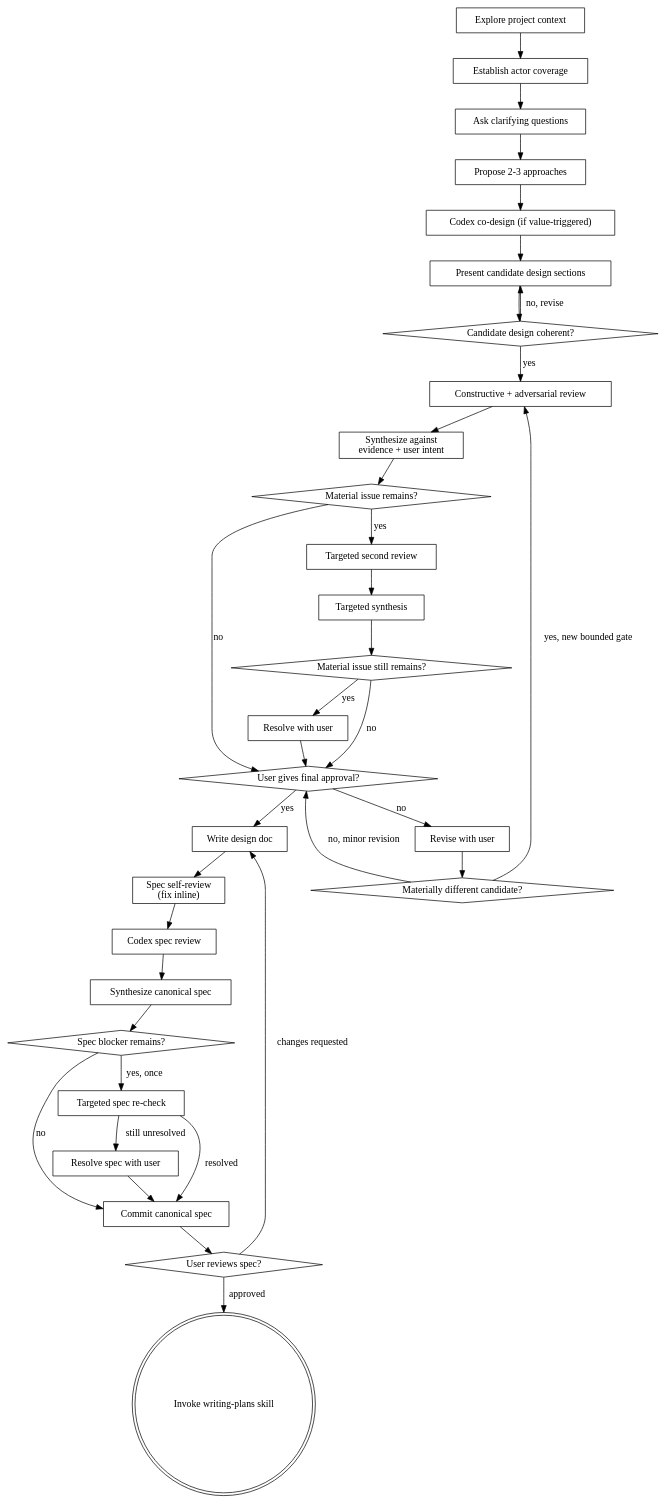
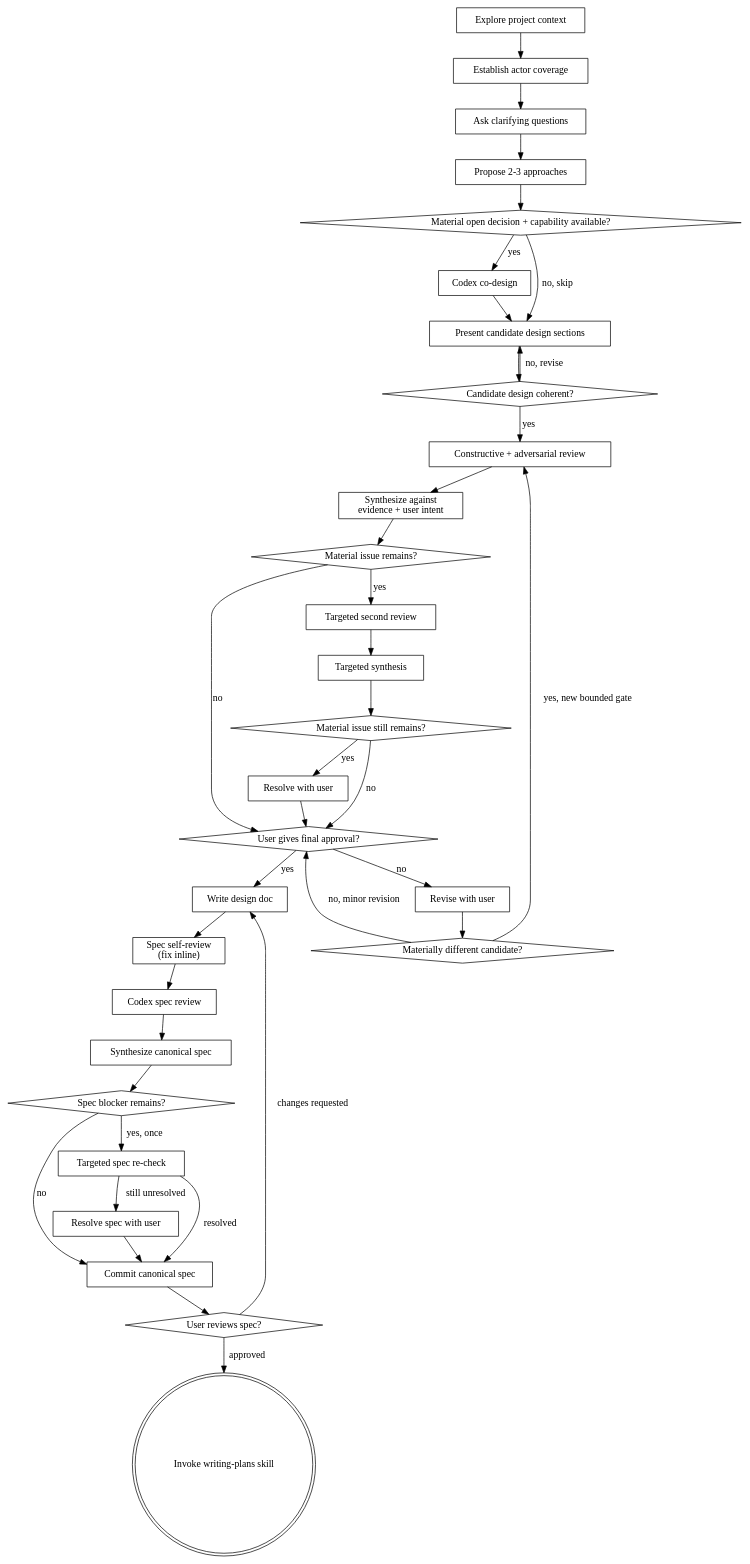
Before and after one commit to stratusdesign/sd-superpowers: the diagram in skills/brainstorming/SKILL.md, drawn with Graphviz. The commit also changed other lines of this file and 2 other files, not shown here.

Commit message:
apply Codex review findings (#88, ready-with-should-fix): co-design is a decision node in the flow diagram; UNCONFIRMED discipline covers the compact-statement path; plan traceability required whenever coverage not self-evident incl. reconstructed actors; eval doc gets honest per-scenario run status + instruction-grounded baselines + scenario C narrowed to what the skill actually requires

````diff
--- a/skills/brainstorming/SKILL.md
+++ b/skills/brainstorming/SKILL.md
@@ -40,66 +40,69 @@
 ```dot
 digraph brainstorming {
     "Explore project context" [shape=box];
     "Establish actor coverage" [shape=box];
     "Ask clarifying questions" [shape=box];
     "Propose 2-3 approaches" [shape=box];
-    "Codex co-design (if value-triggered)" [shape=box];
+    "Material open decision + capability available?" [shape=diamond];
+    "Codex co-design" [shape=box];
     "Present candidate design sections" [shape=box];
     "Candidate design coherent?" [shape=diamond];
     "Constructive + adversarial review" [shape=box];
     "Synthesize against\nevidence + user intent" [shape=box];
     "Material issue remains?" [shape=diamond];
     "Targeted second review" [shape=box];
     "Targeted synthesis" [shape=box];
     "Material issue still remains?" [shape=diamond];
     "Resolve with user" [shape=box];
     "User gives final approval?" [shape=diamond];
     "Revise with user" [shape=box];
     "Materially different candidate?" [shape=diamond];
     "Write design doc" [shape=box];
     "Spec self-review\n(fix inline)" [shape=box];
     "Codex spec review" [shape=box];
     "Synthesize canonical spec" [shape=box];
     "Spec blocker remains?" [shape=diamond];
     "Targeted spec re-check" [shape=box];
     "Resolve spec with user" [shape=box];
     "Commit canonical spec" [shape=box];
     "User reviews spec?" [shape=diamond];
     "Invoke writing-plans skill" [shape=doublecircle];
 
     "Explore project context" -> "Establish actor coverage";
     "Establish actor coverage" -> "Ask clarifying questions";
     "Ask clarifying questions" -> "Propose 2-3 approaches";
-    "Propose 2-3 approaches" -> "Codex co-design (if value-triggered)";
-    "Codex co-design (if value-triggered)" -> "Present candidate design sections";
+    "Propose 2-3 approaches" -> "Material open decision + capability available?";
+    "Material open decision + capability available?" -> "Codex co-design" [label="yes"];
+    "Material open decision + capability available?" -> "Present candidate design sections" [label="no, skip"];
+    "Codex co-design" -> "Present candidate design sections";
     "Present candidate design sections" -> "Candidate design coherent?";
     "Candidate design coherent?" -> "Present candidate design sections" [label="no, revise"];
     "Candidate design coherent?" -> "Constructive + adversarial review" [label="yes"];
     "Constructive + adversarial review" -> "Synthesize against\nevidence + user intent";
     "Synthesize against\nevidence + user intent" -> "Material issue remains?";
     "Material issue remains?" -> "Targeted second review" [label="yes"];
     "Targeted second review" -> "Targeted synthesis";
     "Targeted synthesis" -> "Material issue still remains?";
     "Material issue still remains?" -> "Resolve with user" [label="yes"];
     "Resolve with user" -> "User gives final approval?";
     "Material issue still remains?" -> "User gives final approval?" [label="no"];
     "Material issue remains?" -> "User gives final approval?" [label="no"];
     "User gives final approval?" -> "Revise with user" [label="no"];
     "Revise with user" -> "Materially different candidate?";
     "Materially different candidate?" -> "Constructive + adversarial review" [label="yes, new bounded gate"];
     "Materially different candidate?" -> "User gives final approval?" [label="no, minor revision"];
     "User gives final approval?" -> "Write design doc" [label="yes"];
     "Write design doc" -> "Spec self-review\n(fix inline)";
     "Spec self-review\n(fix inline)" -> "Codex spec review";
     "Codex spec review" -> "Synthesize canonical spec";
     "Synthesize canonical spec" -> "Spec blocker remains?";
     "Spec blocker remains?" -> "Targeted spec re-check" [label="yes, once"];
     "Targeted spec re-check" -> "Resolve spec with user" [label="still unresolved"];
     "Targeted spec re-check" -> "Commit canonical spec" [label="resolved"];
     "Resolve spec with user" -> "Commit canonical spec";
     "Spec blocker remains?" -> "Commit canonical spec" [label="no"];
     "Commit canonical spec" -> "User reviews spec?";
     "User reviews spec?" -> "Write design doc" [label="changes requested"];
     "User reviews spec?" -> "Invoke writing-plans skill" [label="approved"];
 }
 ```
````
